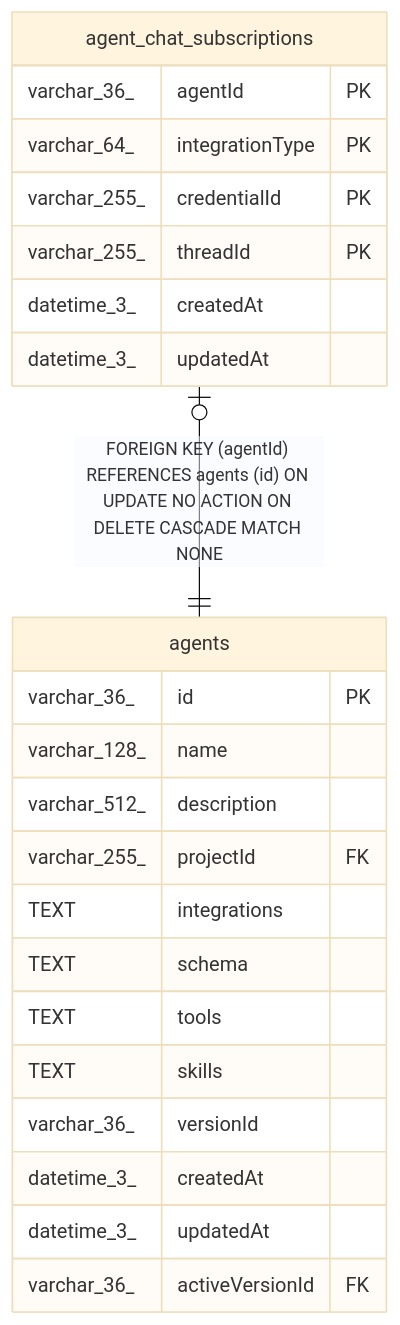
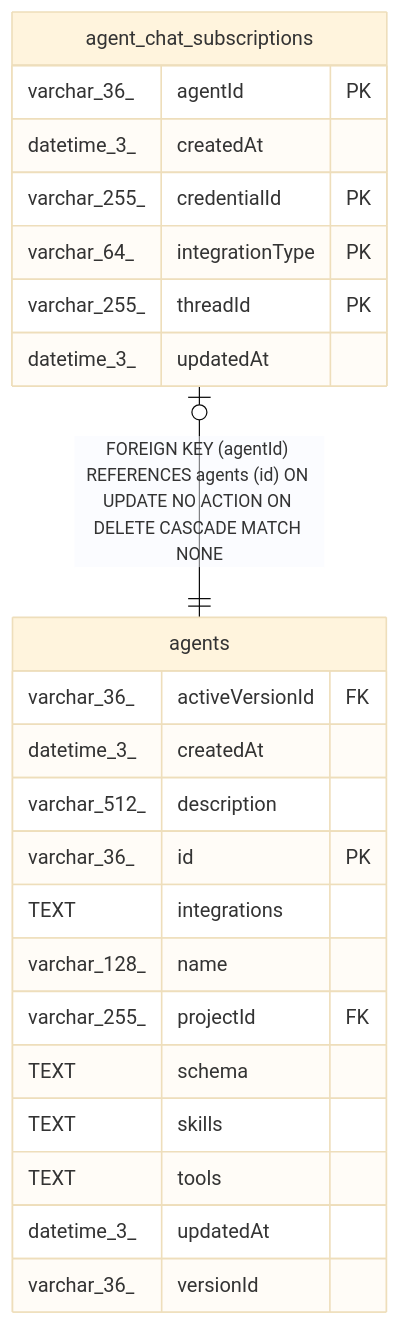
The diagram in docs/generated/sqlite-schema/agent_chat_subscriptions.md (mayankjain1815-commits/n8n), drawn with Mermaid (base theme) before and after one commit. The commit also changed other lines of this file and 221 other files, not shown here.

Commit message:
chore(core): Make DB schema docs generation deterministic (#32373)

````diff
--- a/docs/generated/sqlite-schema/agent_chat_subscriptions.md
+++ b/docs/generated/sqlite-schema/agent_chat_subscriptions.md
@@ -45,28 +45,28 @@
 ```mermaid
 erDiagram
 
 "agent_chat_subscriptions" |o--|| "agents" : "FOREIGN KEY (agentId) REFERENCES agents (id) ON UPDATE NO ACTION ON DELETE CASCADE MATCH NONE"
 
 "agent_chat_subscriptions" {
   varchar_36_ agentId PK
+  datetime_3_ createdAt
+  varchar_255_ credentialId PK
   varchar_64_ integrationType PK
-  varchar_255_ credentialId PK
   varchar_255_ threadId PK
-  datetime_3_ createdAt
   datetime_3_ updatedAt
 }
 "agents" {
+  varchar_36_ activeVersionId FK
+  datetime_3_ createdAt
+  varchar_512_ description
   varchar_36_ id PK
+  TEXT integrations
   varchar_128_ name
-  varchar_512_ description
   varchar_255_ projectId FK
-  TEXT integrations
   TEXT schema
+  TEXT skills
   TEXT tools
-  TEXT skills
+  datetime_3_ updatedAt
   varchar_36_ versionId
-  datetime_3_ createdAt
-  datetime_3_ updatedAt
-  varchar_36_ activeVersionId FK
 }
 ```
````
